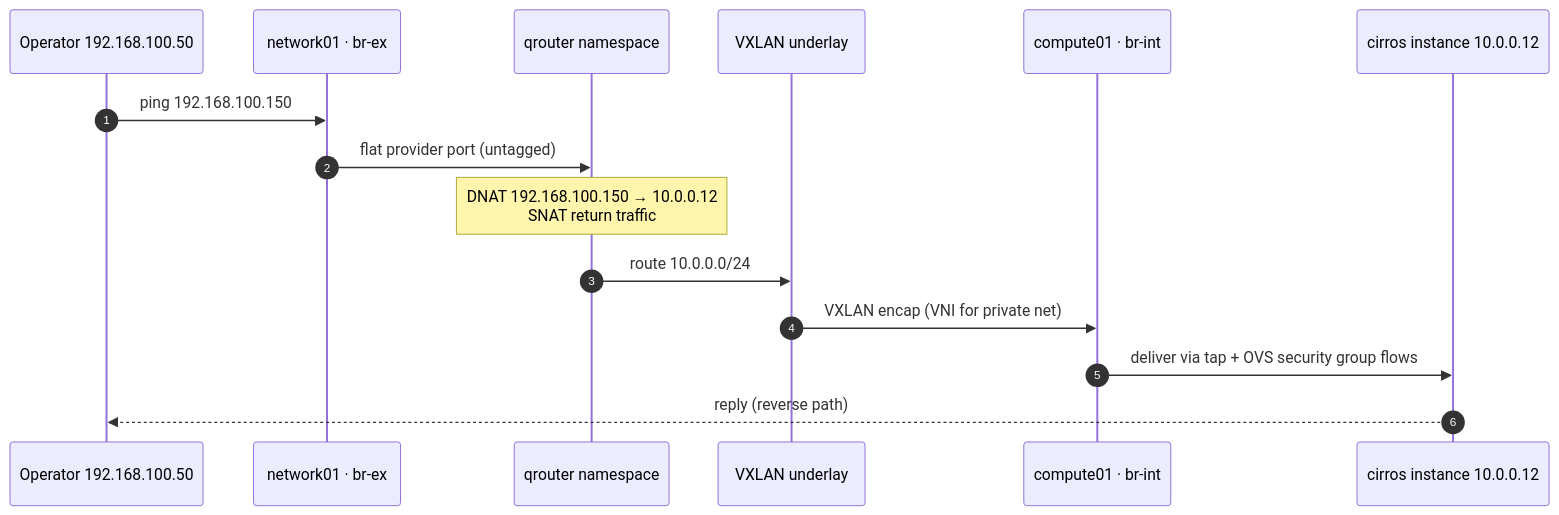
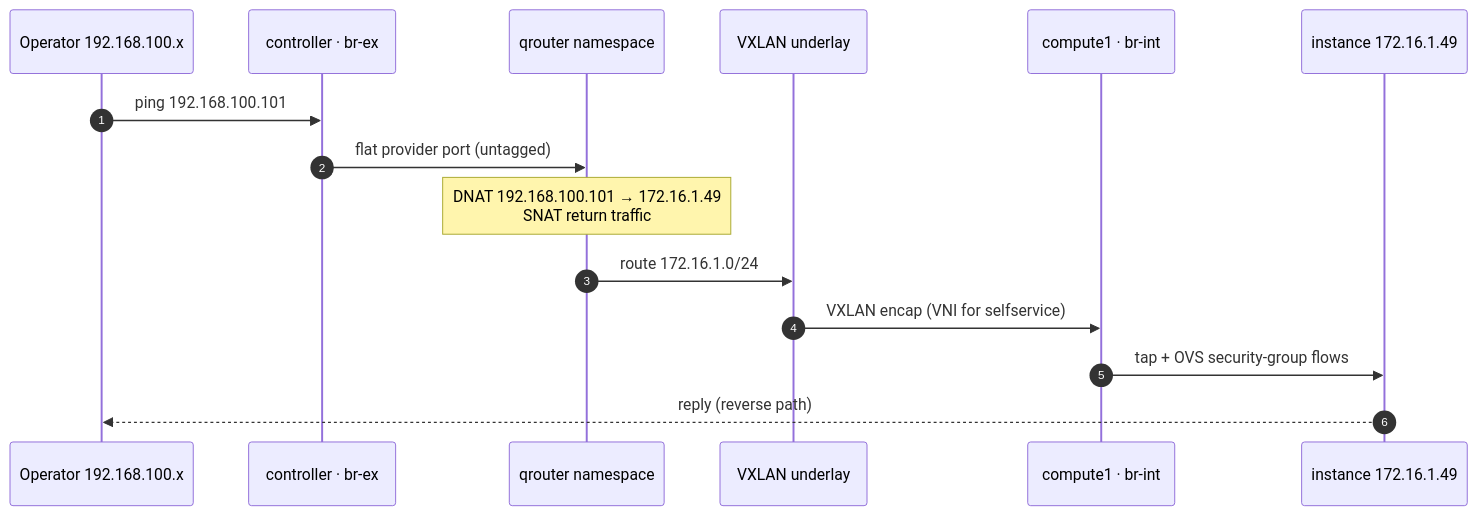
Before and after one commit to whysari/openstack-caracal-multinode: the diagram in diagrams/floating-ip-path.mmd, drawn with Mermaid. The commit also changed 97 other files, not shown here.

```diff
--- a/diagrams/floating-ip-path.mmd
+++ b/diagrams/floating-ip-path.mmd
@@ -1,16 +1,16 @@
 sequenceDiagram
     autonumber
-    participant U as Operator 192.168.100.50
-    participant B as network01 · br-ex
+    participant U as Operator 192.168.100.x
+    participant B as controller · br-ex
     participant R as qrouter namespace
     participant T as VXLAN underlay
-    participant C as compute01 · br-int
-    participant V as cirros instance 10.0.0.12
+    participant C as compute1 · br-int
+    participant V as instance 172.16.1.49
 
-    U->>B: ping 192.168.100.150
+    U->>B: ping 192.168.100.101
     B->>R: flat provider port (untagged)
-    Note over R: DNAT 192.168.100.150 → 10.0.0.12<br/>SNAT return traffic
-    R->>T: route 10.0.0.0/24
-    T->>C: VXLAN encap (VNI for private net)
-    C->>V: deliver via tap + OVS security group flows
+    Note over R: DNAT 192.168.100.101 → 172.16.1.49<br/>SNAT return traffic
+    R->>T: route 172.16.1.0/24
+    T->>C: VXLAN encap (VNI for selfservice)
+    C->>V: tap + OVS security-group flows
     V-->>U: reply (reverse path)
```
